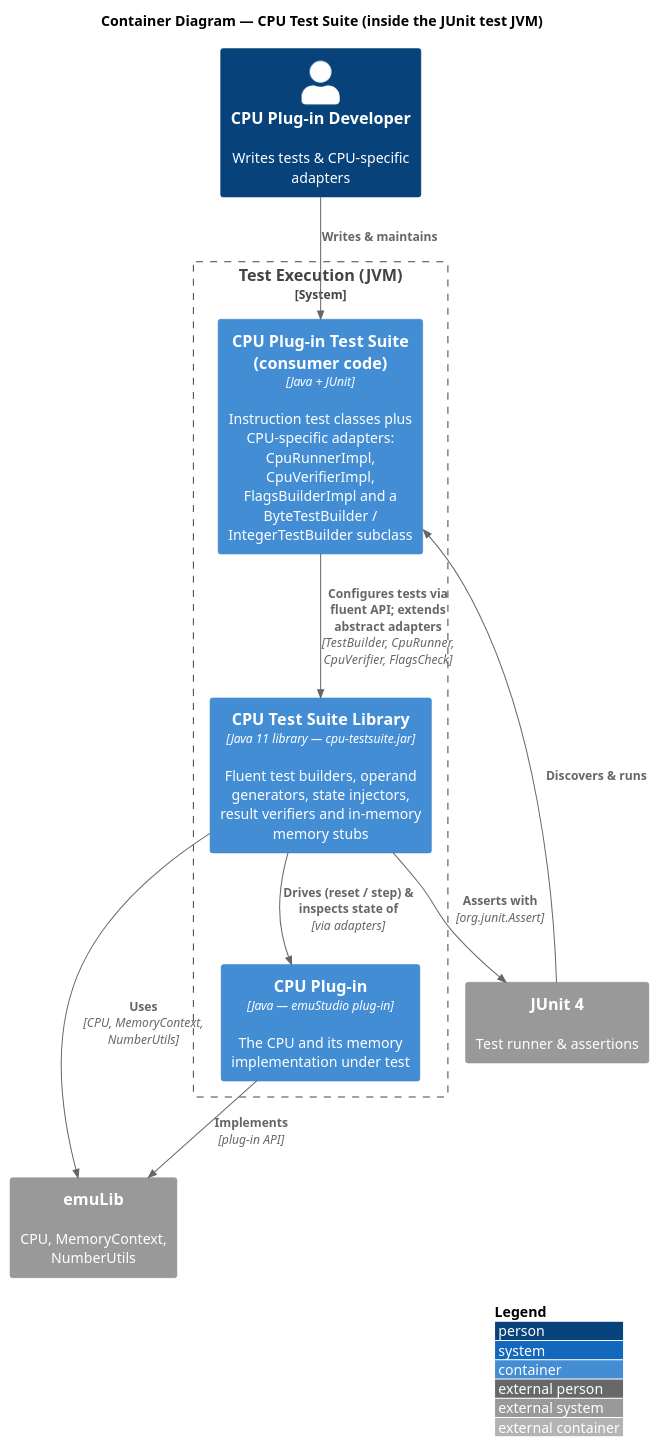
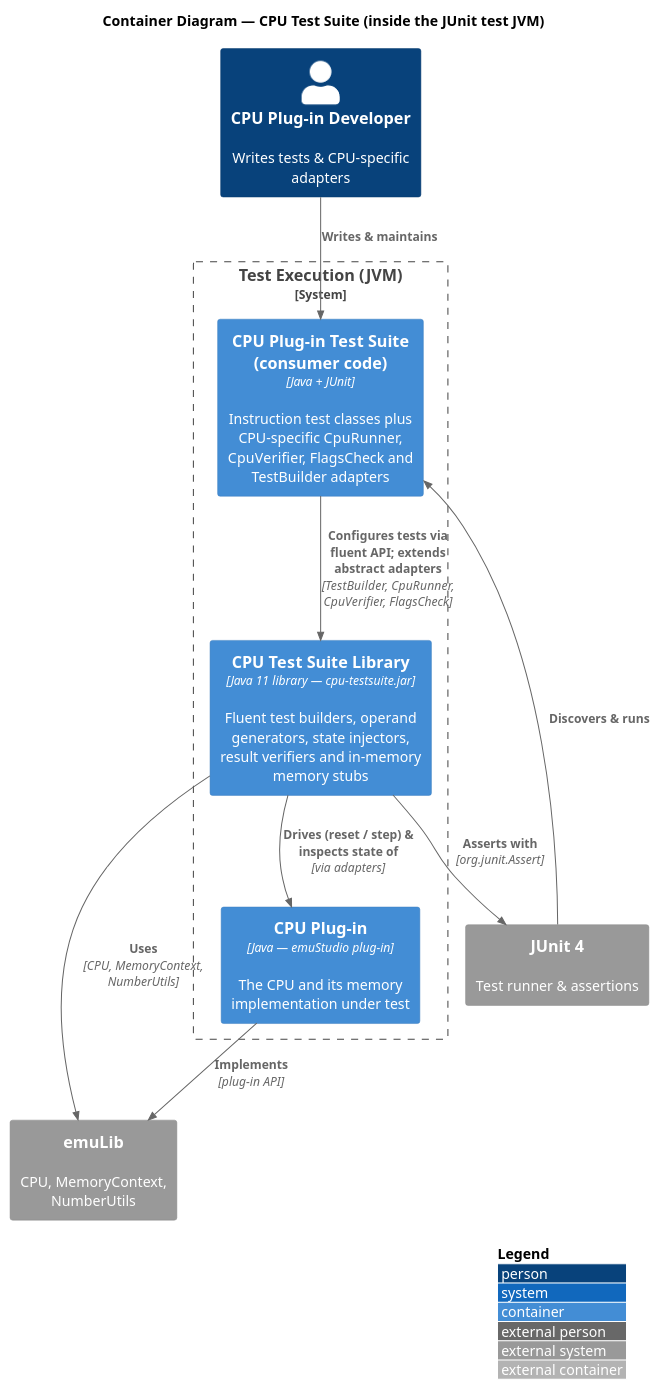
The diagram in docs/c4/02-container.adoc (emustudio/cpu-testsuite), drawn with PlantUML before and after one commit. The commit also changed other lines of this file and 16 other files, not shown here.

```diff
--- a/docs/c4/02-container.adoc
+++ b/docs/c4/02-container.adoc
@@ -9,28 +9,28 @@
 [plantuml,c4-container,svg]
 ----
 @startuml
 !include <C4/C4_Container>
 LAYOUT_WITH_LEGEND()
 
 title Container Diagram — CPU Test Suite (inside the JUnit test JVM)
 
 Person(dev, "CPU Plug-in Developer", "Writes tests & CPU-specific adapters")
 
 System_Ext(junit, "JUnit 4", "Test runner & assertions")
 System_Ext(emulib, "emuLib", "CPU, MemoryContext, NumberUtils")
 
 System_Boundary(jvm, "Test Execution (JVM)") {
-    Container(tests, "CPU Plug-in Test Suite (consumer code)", "Java + JUnit", "Instruction test classes plus CPU-specific adapters: CpuRunnerImpl, CpuVerifierImpl, FlagsBuilderImpl and a ByteTestBuilder / IntegerTestBuilder subclass")
+    Container(tests, "CPU Plug-in Test Suite (consumer code)", "Java + JUnit", "Instruction test classes plus CPU-specific CpuRunner, CpuVerifier, FlagsCheck and TestBuilder adapters")
     Container(lib, "CPU Test Suite Library", "Java 11 library — cpu-testsuite.jar", "Fluent test builders, operand generators, state injectors, result verifiers and in-memory memory stubs")
     Container(plugin, "CPU Plug-in", "Java — emuStudio plug-in", "The CPU and its memory implementation under test")
 }
 
 Rel(dev, tests, "Writes & maintains")
 Rel(junit, tests, "Discovers & runs")
 Rel(tests, lib, "Configures tests via fluent API; extends abstract adapters", "TestBuilder, CpuRunner, CpuVerifier, FlagsCheck")
 Rel(lib, plugin, "Drives (reset / step) & inspects state of", "via adapters")
 Rel(lib, emulib, "Uses", "CPU, MemoryContext, NumberUtils")
 Rel(lib, junit, "Asserts with", "org.junit.Assert")
 Rel(plugin, emulib, "Implements", "plug-in API")
 @enduml
 ----
```
